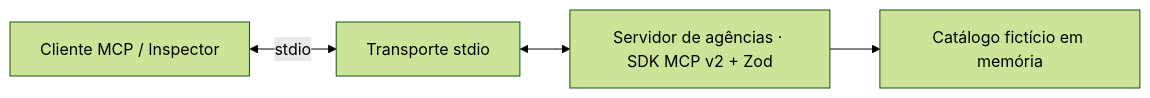
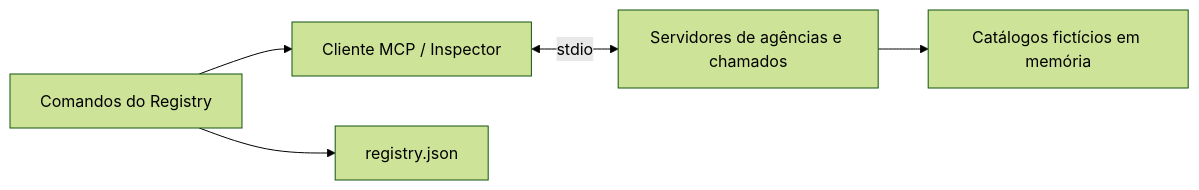
Before and after one commit to glaucia86/mcp-gateway-typescript: the diagram in README.md, drawn with Mermaid (forest theme). The commit also changed other lines of this file and 21 other files, not shown here.

First line of the commit message:
feat: enhance registry management with new commands and validation processes

````diff
--- a/README.md
+++ b/README.md
@@ -71,6 +77,7 @@
 ```mermaid
 flowchart LR
-  Client["Cliente MCP / Inspector"] <-->|stdio| Transport["Transporte stdio"]
-  Transport <--> Server["Servidor de agências · SDK MCP v2 + Zod"]
-  Server --> Domain["Catálogo fictício em memória"]
+  Client["Cliente MCP / Inspector"] <-->|stdio| Servers["Servidores de agências e chamados"]
+  Servers --> Domain["Catálogos fictícios em memória"]
+  Commands["Comandos do Registry"] --> Client
+  Commands --> Registry["registry.json"]
 ```
````
